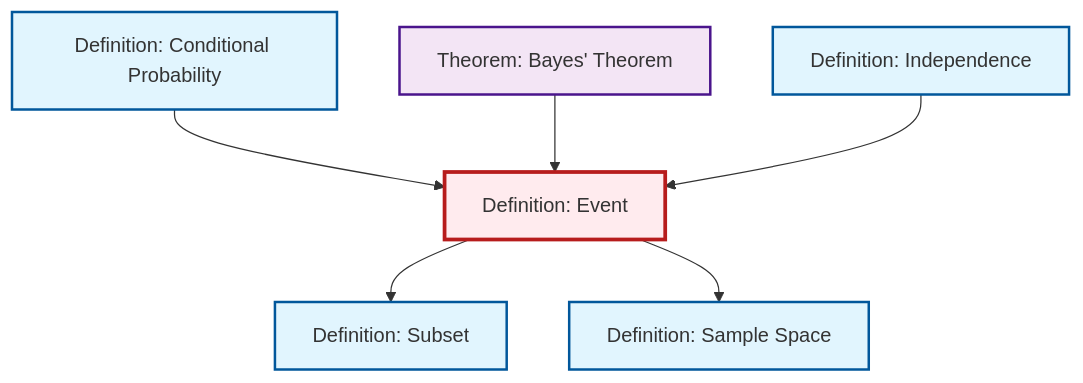
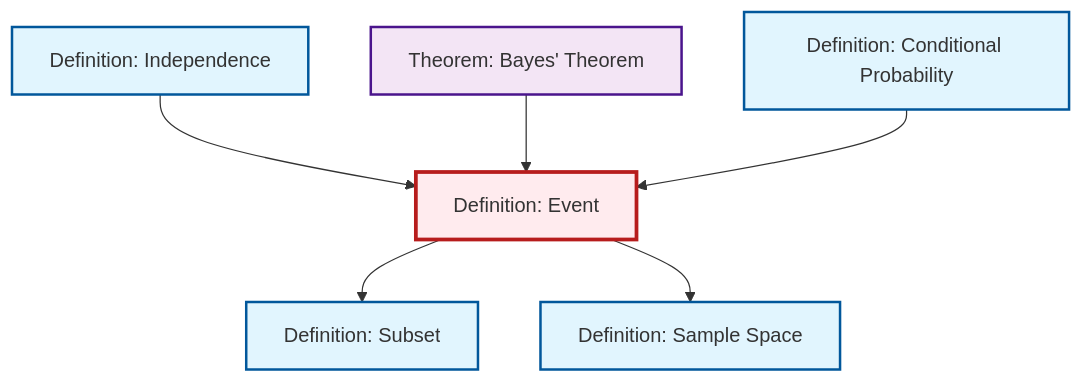
Before and after one commit to RK0429/ModernMath: the diagram in content/en/probability-statistics/def-event.qmd, drawn with Mermaid. The commit also changed other lines of this file and 554 other files, not shown here.

````diff
--- a/content/en/probability-statistics/def-event.qmd
+++ b/content/en/probability-statistics/def-event.qmd
@@ -69,26 +69,26 @@
 ```{mermaid}
 %%| fig-cap: "Local dependency graph"
 graph TD
     classDef definition fill:#e1f5fe,stroke:#01579b,stroke-width:2px
     classDef theorem fill:#f3e5f5,stroke:#4a148c,stroke-width:2px
     classDef axiom fill:#fff3e0,stroke:#e65100,stroke-width:2px
     classDef example fill:#e8f5e9,stroke:#1b5e20,stroke-width:2px
     classDef current fill:#ffebee,stroke:#b71c1c,stroke-width:3px
+    def-event["Definition: Event"]:::definition
     thm-bayes["Theorem: Bayes' Theorem"]:::theorem
     def-sample-space["Definition: Sample Space"]:::definition
-    def-event["Definition: Event"]:::definition
-    def-conditional-probability["Definition: Conditional Probability"]:::definition
     def-independence["Definition: Independence"]:::definition
     def-subset["Definition: Subset"]:::definition
+    def-conditional-probability["Definition: Conditional Probability"]:::definition
     def-event --> def-subset
+    def-independence --> def-event
+    thm-bayes --> def-event
+    def-conditional-probability --> def-event
     def-event --> def-sample-space
-    def-conditional-probability --> def-event
-    thm-bayes --> def-event
-    def-independence --> def-event
     class def-event current
     click thm-bayes "thm-bayes.html" "Go to Bayes' Theorem theorem"
     click def-sample-space "def-sample-space.html" "Go to Sample Space definition"
-    click def-conditional-probability "def-conditional-probability.html" "Go to Conditional Probability definition"
     click def-independence "def-independence.html" "Go to Independence definition"
     click def-subset "def-subset.html" "Go to Subset definition"
+    click def-conditional-probability "def-conditional-probability.html" "Go to Conditional Probability definition"
 ```
````
